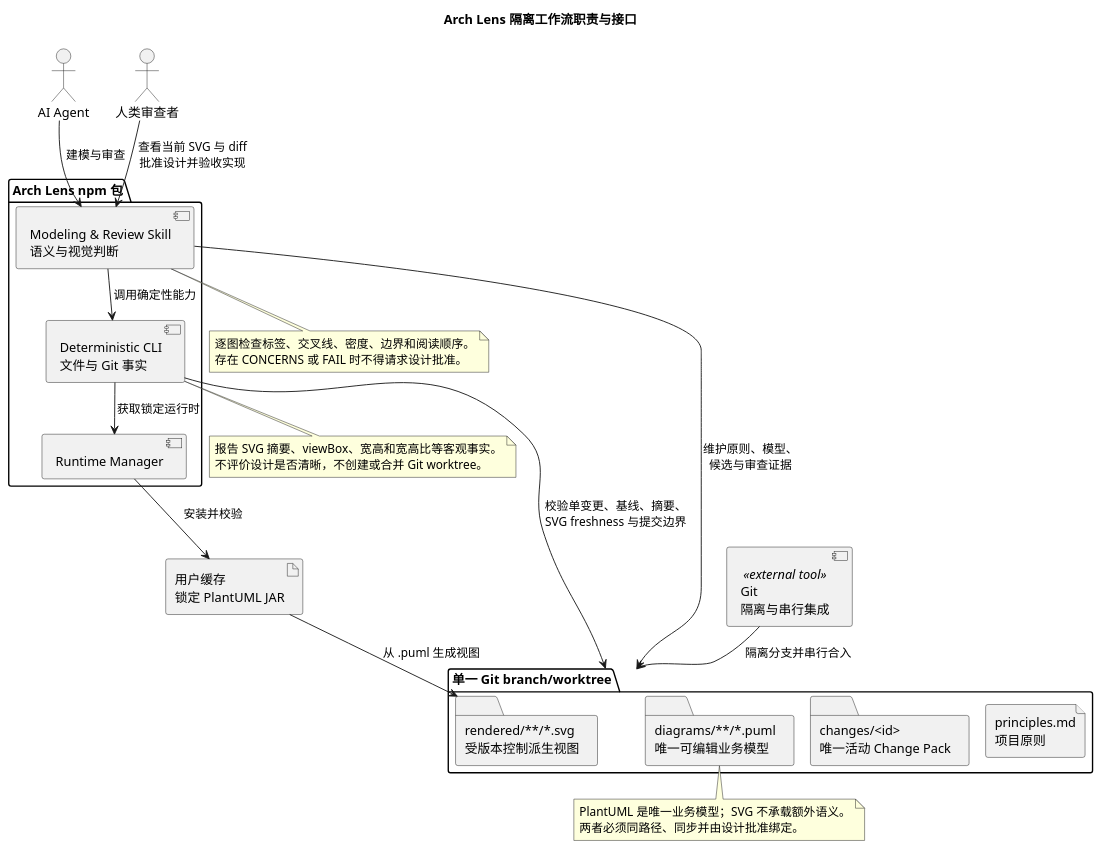
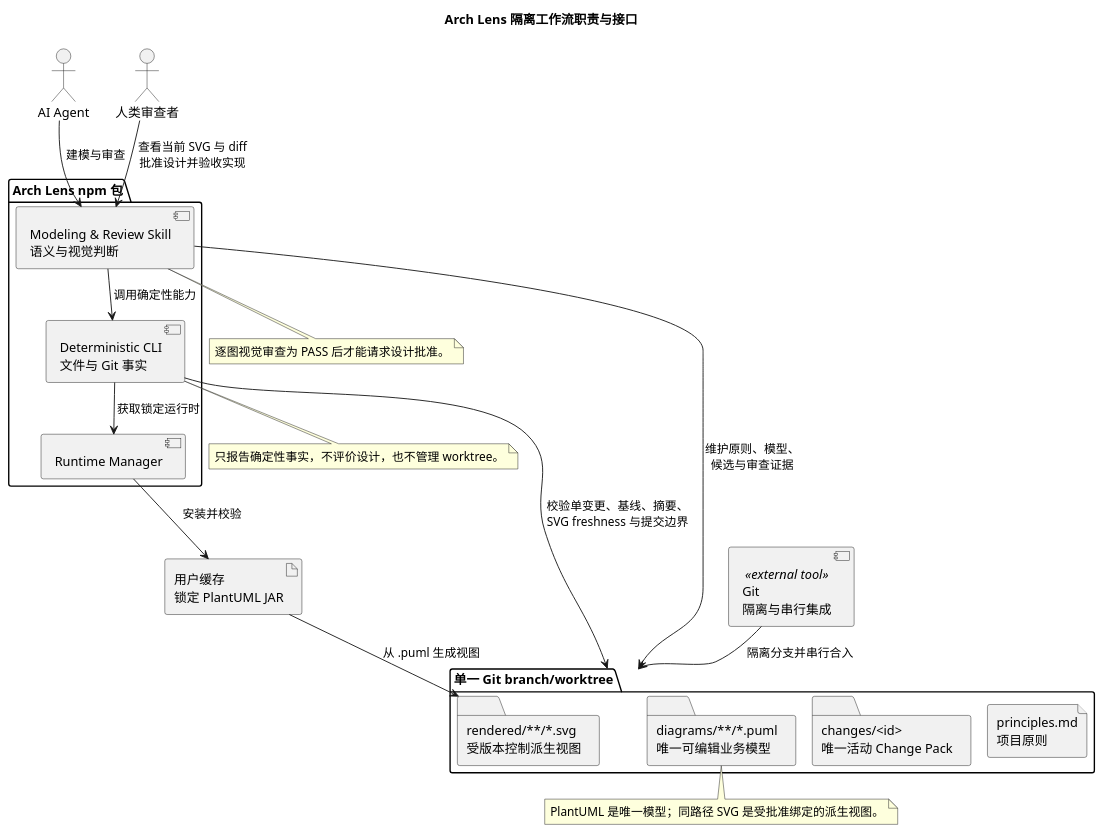
Before and after one commit to spec-alchemy/arch-lens: the diagram in .arch-lens/diagrams/runtime-responsibilities.component.puml, drawn with PlantUML. The commit also changed 11 other files, not shown here.

Commit message:
arch: tighten diagram note budgets

```diff
--- a/.arch-lens/diagrams/runtime-responsibilities.component.puml
+++ b/.arch-lens/diagrams/runtime-responsibilities.component.puml
@@ -1,52 +1,41 @@
 @startuml
 ' arch-lens: type=component
 ' arch-lens: question=Skill、CLI、Git worktree、锁定 PlantUML 运行时与受版本控制模型资产如何分工并保持源和派生视图一致？
 title Arch Lens 隔离工作流职责与接口
 !pragma layout smetana
 top to bottom direction
 
 actor "AI Agent" as Agent
 actor "人类审查者" as Reviewer
 
 package "Arch Lens npm 包" as Product {
   component "Modeling & Review Skill\n语义与视觉判断" as Skill
   component "Deterministic CLI\n文件与 Git 事实" as CLI
   component "Runtime Manager" as RuntimeManager
 }
 
 package "单一 Git branch/worktree" as Worktree {
   file "principles.md\n项目原则" as Principles
   folder "changes/<id>\n唯一活动 Change Pack" as Change
   folder "diagrams/**/*.puml\n唯一可编辑业务模型" as Diagrams
   folder "rendered/**/*.svg\n受版本控制派生视图" as SVG
 }
 
 component "Git\n隔离与串行集成" as Git <<external tool>>
 artifact "用户缓存\n锁定 PlantUML JAR" as ManagedPlantUML
 
 Agent --> Skill : 建模与审查
 Reviewer --> Skill : 查看当前 SVG 与 diff\n批准设计并验收实现
 Skill --> CLI : 调用确定性能力
 CLI --> RuntimeManager : 获取锁定运行时
 RuntimeManager --> ManagedPlantUML : 安装并校验
 
 Skill --> Worktree : 维护原则、模型、\n候选与审查证据
 CLI --> Worktree : 校验单变更、基线、摘要、\nSVG freshness 与提交边界
 ManagedPlantUML --> SVG : 从 .puml 生成视图
 Git --> Worktree : 隔离分支并串行合入
 
-note bottom of Skill
-  逐图检查标签、交叉线、密度、边界和阅读顺序。
-  存在 CONCERNS 或 FAIL 时不得请求设计批准。
-end note
-
-note bottom of CLI
-  报告 SVG 摘要、viewBox、宽高和宽高比等客观事实。
-  不评价设计是否清晰，不创建或合并 Git worktree。
-end note
-
-note bottom of Diagrams
-  PlantUML 是唯一业务模型；SVG 不承载额外语义。
-  两者必须同路径、同步并由设计批准绑定。
-end note
+note bottom of Skill: 逐图视觉审查为 PASS 后才能请求设计批准。
+note bottom of CLI: 只报告确定性事实，不评价设计，也不管理 worktree。
+note bottom of Diagrams: PlantUML 是唯一模型；同路径 SVG 是受批准绑定的派生视图。
 @enduml
```
